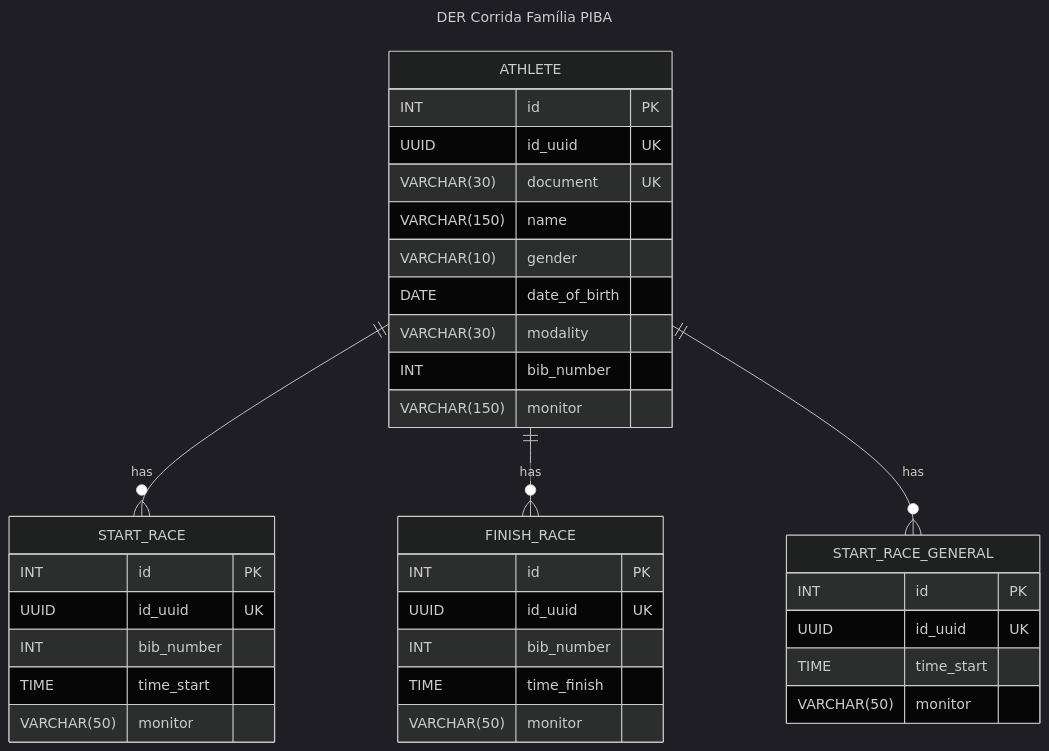
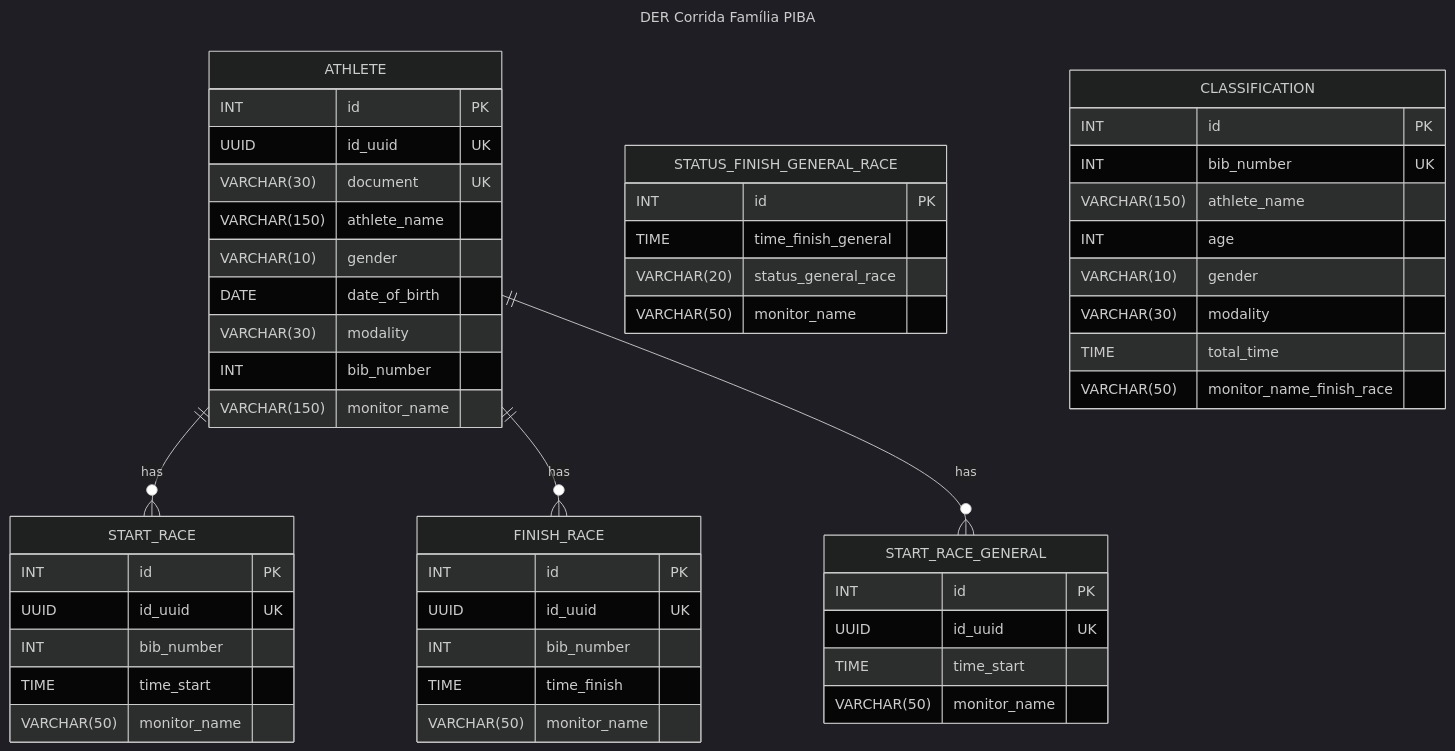
One commit to brgilsonsp/corrida_familia_piba_back changed the diagram in db/der.md. Above: the diagram before and after it, drawn with Mermaid (dark theme). The commit also changed 49 other files, not shown here.

````diff
--- a/db/der.md
+++ b/db/der.md
@@ -1,47 +1,65 @@
 ```mermaid
 ---
     title: DER Corrida Família PIBA
 ---
 
 erDiagram
     
     ATHLETE {
         INT id PK
         UUID id_uuid UK
         VARCHAR(30) document UK
-        VARCHAR(150) name
+        VARCHAR(150) athlete_name
         VARCHAR(10) gender
         DATE date_of_birth
         VARCHAR(30) modality
         INT bib_number
-        VARCHAR(150) monitor
+        VARCHAR(150) monitor_name
     }
 
     START_RACE {
         INT id PK
         UUID id_uuid UK
         INT bib_number
         TIME time_start
-        VARCHAR(50) monitor
+        VARCHAR(50) monitor_name
     }
 
     FINISH_RACE {
         INT id PK
         UUID id_uuid UK
         INT bib_number
         TIME time_finish
-        VARCHAR(50) monitor
+        VARCHAR(50) monitor_name
     }
 
     START_RACE_GENERAL {
         INT id PK
         UUID id_uuid UK
         TIME time_start
-        VARCHAR(50) monitor
+        VARCHAR(50) monitor_name
+    }
+
+    STATUS_FINISH_GENERAL_RACE {
+        INT id PK
+        TIME time_finish_general
+        VARCHAR(20) status_general_race
+        VARCHAR(50) monitor_name
+    }
+
+    CLASSIFICATION {
+        INT id PK
+        INT bib_number UK
+        VARCHAR(150) athlete_name
+        INT age
+        VARCHAR(10) gender
+        VARCHAR(30) modality
+        TIME total_time
+        VARCHAR(50) monitor_name_finish_race
     }
 
     ATHLETE ||--o{ START_RACE         : "has"
     ATHLETE ||--o{ FINISH_RACE        : "has"
     ATHLETE ||--o{ START_RACE_GENERAL : "has"
 
 ```
````
